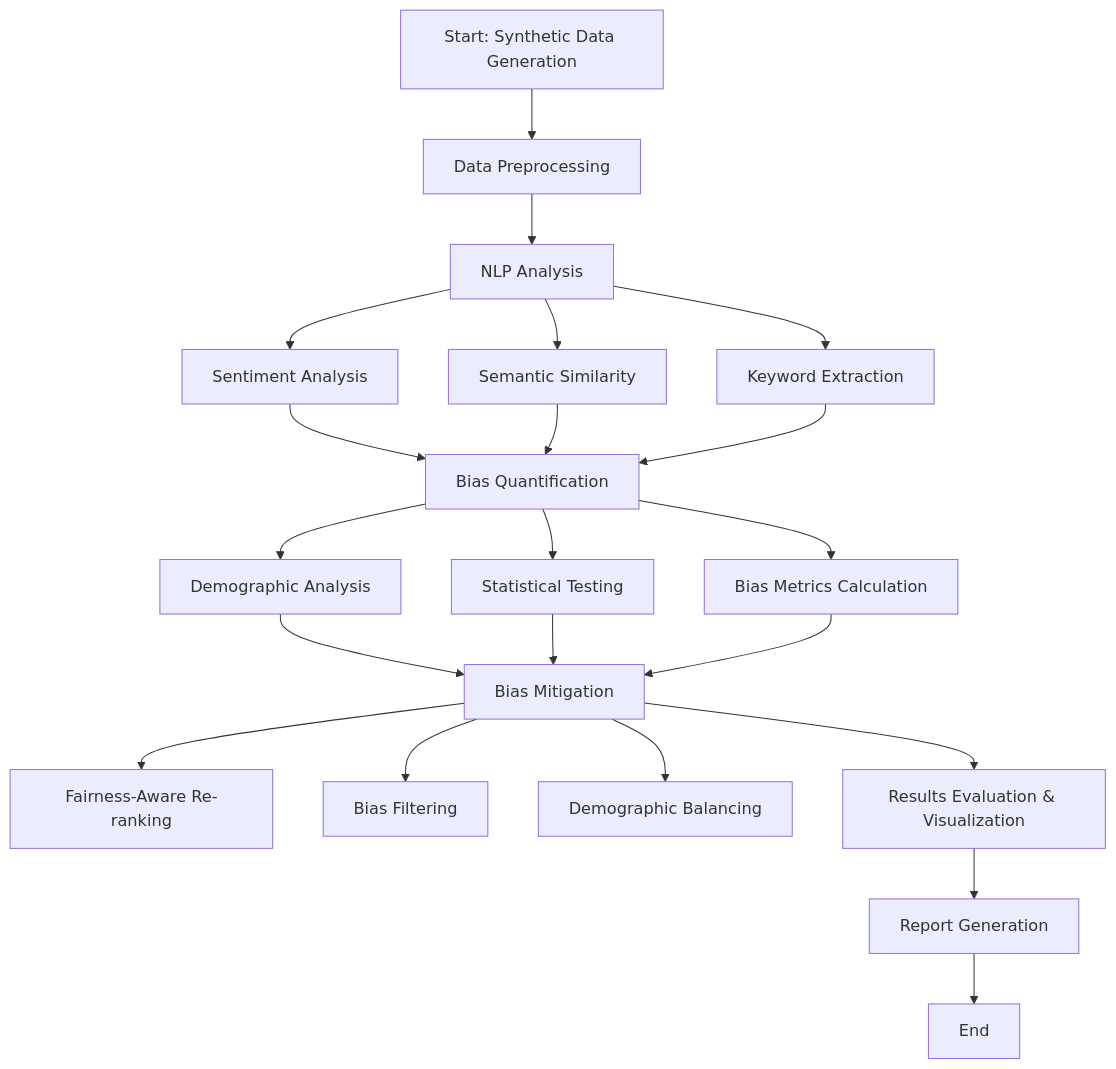
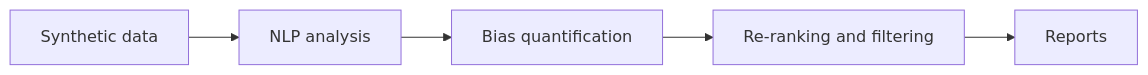
Before and after one commit to kaeldrin-gh/bias-autocomplete-analysis: the diagram in README.md, drawn with Mermaid. The commit also changed other lines of this file, not shown here.

````diff
--- a/README.md
+++ b/README.md
@@ -217,23 +27,7 @@
 ```mermaid
-flowchart TD
-    A[Start: Synthetic Data Generation] --> B[Data Preprocessing]
-    B --> C[NLP Analysis]
-    C --> C1[Sentiment Analysis]
-    C --> C2[Semantic Similarity]
-    C --> C3[Keyword Extraction]
-    C1 --> D[Bias Quantification]
-    C2 --> D
-    C3 --> D
-    D --> D1[Demographic Analysis]
-    D --> D2[Statistical Testing]
-    D --> D3[Bias Metrics Calculation]
-    D1 --> E[Bias Mitigation]
-    D2 --> E
-    D3 --> E
-    E --> E1[Fairness-Aware Re-ranking]
-    E --> E2[Bias Filtering]
-    E --> E3[Demographic Balancing]
-    E --> F[Results Evaluation & Visualization]
-    F --> G[Report Generation]
-    G --> H[End]
+flowchart LR
+    A[Synthetic data] --> B[NLP analysis]
+    B --> C[Bias quantification]
+    C --> D[Re-ranking and filtering]
+    D --> E[Reports]
 ```
````
